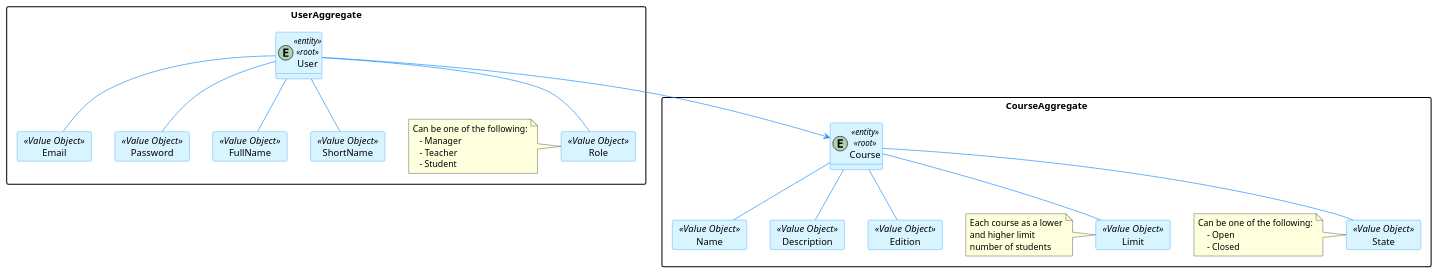
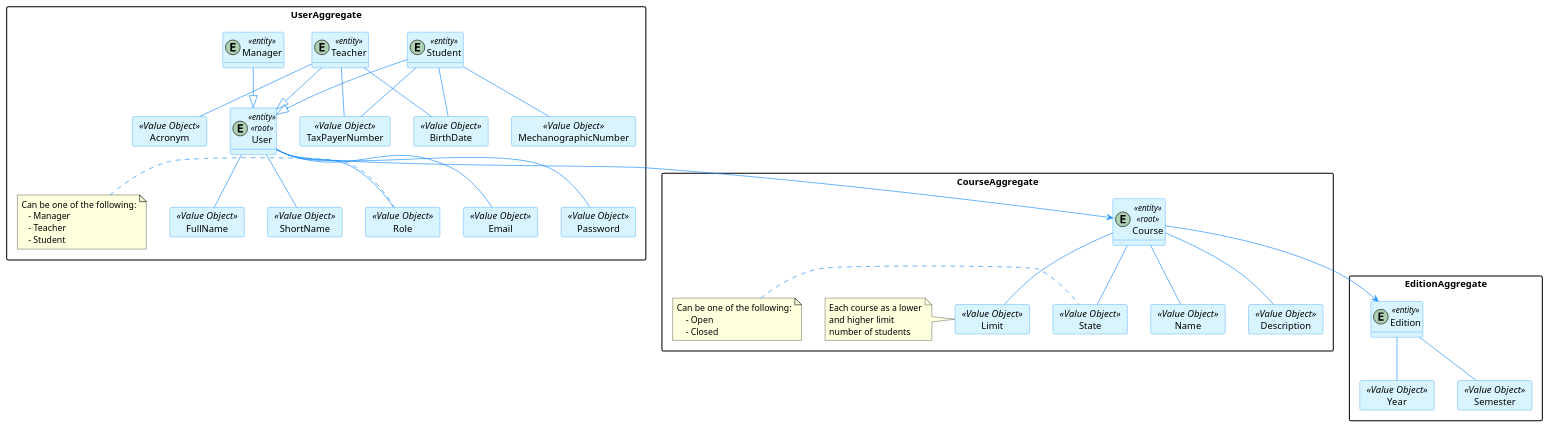
Before and after one commit to brunacosta03/sem4pi_22_23: the diagram in docs/1211201/DomainModel.puml, drawn with PlantUML.

Commit message:
docs: user inheritance(teacher, student, manager) and edition aggregate #2

```diff
--- a/docs/1211201/DomainModel.puml
+++ b/docs/1211201/DomainModel.puml
@@ -1,89 +1,127 @@
 @startuml "User and Course Aggregates"
 
 hide methods
 
 skinparam classAttributeIconSize 0
 
 skinparam class {
     LifeLineBorderColor DodgerBlue
     LifeLineBackgroundColor APPLICATION
     BackgroundColor #D8F5FF
     ArrowColor DodgerBlue
     BorderColor DodgerBlue
 }
 
 skinparam packageStyle rectangle
 skinparam card {
     LifeLineBorderColor DodgerBlue
     LifeLineBackgroundColor APPLICATION
     BackgroundColor #D8F5FF
     ArrowColor DodgerBlue
     BorderColor DodgerBlue
 }
 
 
 package UserAggregate{
     entity User <<entity>><<root>>
+    entity Student <<entity>>
+    'Student value objects
+    card BirthDate <<Value Object>>{
+    }
+    card TaxPayerNumber <<Value Object>>{
+    }
+    card MechanographicNumber <<Value Object>>{
+    }
+    Student -- BirthDate
+    Student -- TaxPayerNumber
+    Student -- MechanographicNumber
 
+    entity Teacher <<entity>>
+    'Teacher value objects
+    card Acronym <<Value Object>>{
+    }
+    Teacher -- BirthDate
+    Teacher -- TaxPayerNumber
+    Teacher -- Acronym
+
+    entity Manager <<entity>>
+
+
+'User value objects
     card Email <<Value Object>>{
     }
     card Password <<Value Object>>{
     }
     card FullName <<Value Object>>{
     }
     card ShortName <<Value Object>>{
     }
     card Role <<Value Object>>{
     }
 
     User -- Email
     User -- Password
     User -- FullName
     User -- ShortName
     User -- Role
+
+    Student --|> User
+    Teacher --|> User
+    Manager --|> User
 
     note left of Role
          Can be one of the following:
             - Manager
             - Teacher
             - Student
     end note
 
 }
 
 package CourseAggregate{
     entity Course <<entity>><<root>>
 
     card Name <<Value Object>>{
     }
     card State <<Value Object>>{
     }
     card Description <<Value Object>>{
     }
     card Limit <<Value Object>>{
     }
-    card Edition <<Value Object>>{
-    }
+
 
     Course -- Name
     Course -- State
     Course -- Description
     Course -- Limit
-    Course -- Edition
 
     note left of State
         Can be one of the following:
             - Open
             - Closed
     end note
 
     note left of Limit
         Each course as a lower
         and higher limit
         number of students
     end note
 }
 
+package EditionAggregate{
+    entity Edition <<entity>>
+
+    card Year <<Value Object>>{
+    }
+    card Semester <<Value Object>>{
+    }
+
+    Edition -- Year
+    Edition -- Semester
+}
+
     User --> Course
+    Course --> Edition
 
 @enduml
```
